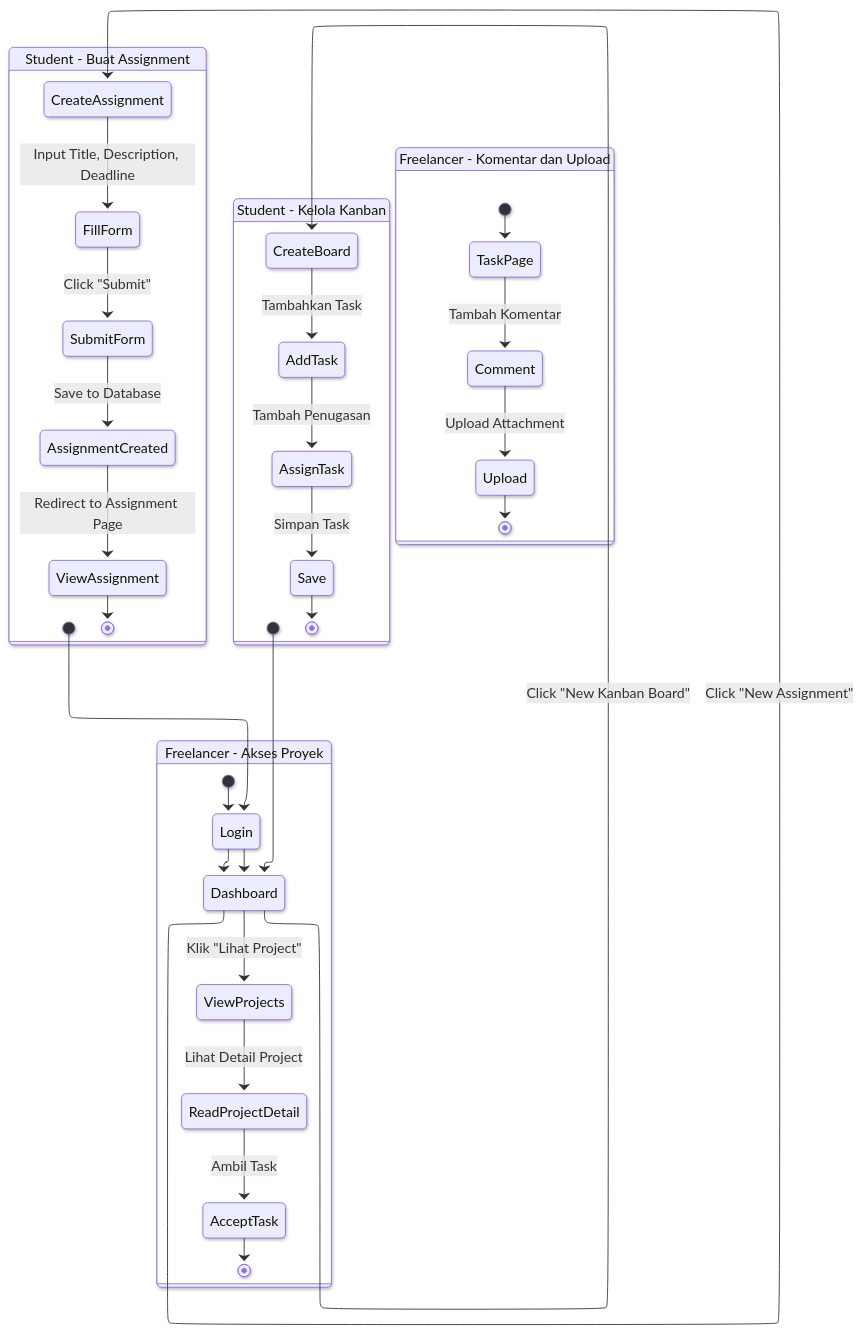
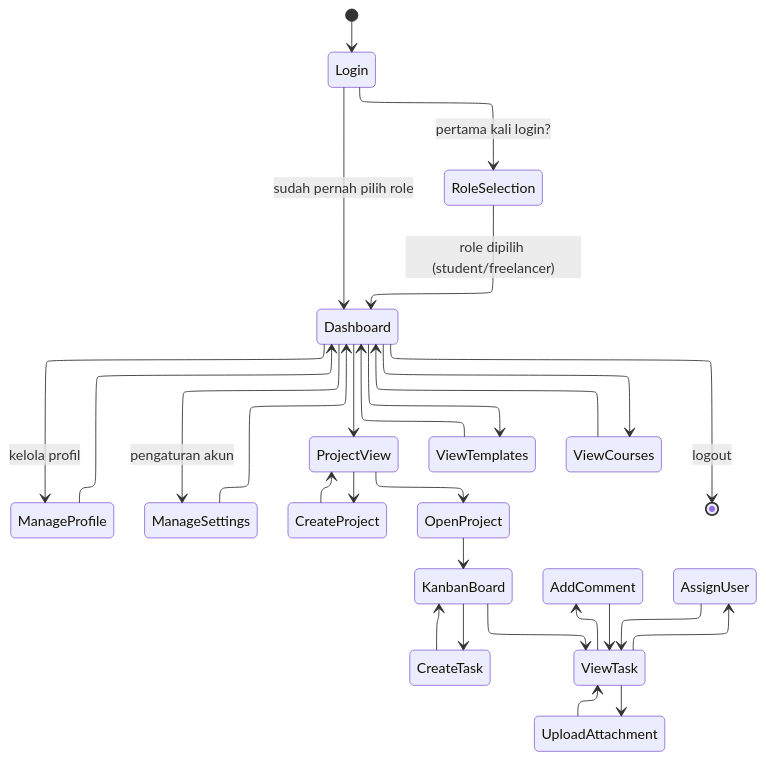
The diagram in activity-diagram.md (aarlazuardi/fix-sisfor-desain-sistem), drawn with Mermaid before and after one commit. The commit also changed 4 other files, not shown here.

````diff
--- a/activity-diagram.md
+++ b/activity-diagram.md
@@ -3,46 +3,43 @@
 ```mermaid
 ---
 config:
   layout: elk
-  look: neo
+  look: classic
   theme: default
 ---
-%% Activity Diagram: Alur Student dan Freelancer
+%% Activity Diagram - Alur Umum Pengguna
 stateDiagram-v2
+    [*] --> Login
+    Login --> RoleSelection : pertama kali login?
+    RoleSelection --> Dashboard : role dipilih (student/freelancer)
+    Login --> Dashboard : sudah pernah pilih role
 
-state "Student - Buat Assignment" as StudentAssignment {
-  [*] --> Login
-  Login --> Dashboard
-  Dashboard --> CreateAssignment : Click "New Assignment"
-  CreateAssignment --> FillForm : Input Title, Description, Deadline
-  FillForm --> SubmitForm : Click "Submit"
-  SubmitForm --> AssignmentCreated : Save to Database
-  AssignmentCreated --> ViewAssignment : Redirect to Assignment Page
-  ViewAssignment --> [*]
-}
+    Dashboard --> ManageProfile : kelola profil
+    Dashboard --> ManageSettings : pengaturan akun
+    Dashboard --> ProjectView
 
-state "Student - Kelola Kanban" as StudentKanban {
-  [*] --> Dashboard
-  Dashboard --> CreateBoard : Click "New Kanban Board"
-  CreateBoard --> AddTask : Tambahkan Task
-  AddTask --> AssignTask : Tambah Penugasan
-  AssignTask --> Save : Simpan Task
-  Save --> [*]
-}
+    ProjectView --> CreateProject
+    ProjectView --> OpenProject
 
-state "Freelancer - Akses Proyek" as FreelancerProject {
-  [*] --> Login
-  Login --> Dashboard
-  Dashboard --> ViewProjects : Klik "Lihat Project"
-  ViewProjects --> ReadProjectDetail : Lihat Detail Project
-  ReadProjectDetail --> AcceptTask : Ambil Task
-  AcceptTask --> [*]
-}
+    OpenProject --> KanbanBoard
+    KanbanBoard --> CreateTask
+    KanbanBoard --> ViewTask
+    ViewTask --> AddComment
+    ViewTask --> UploadAttachment
+    ViewTask --> AssignUser
 
-state "Freelancer - Komentar dan Upload" as FreelancerTask {
-  [*] --> TaskPage
-  TaskPage --> Comment : Tambah Komentar
-  Comment --> Upload : Upload Attachment
-  Upload --> [*]
-}
+    Dashboard --> ViewTemplates
+    Dashboard --> ViewCourses
+
+    ManageProfile --> Dashboard
+    ManageSettings --> Dashboard
+    CreateProject --> ProjectView
+    CreateTask --> KanbanBoard
+    AddComment --> ViewTask
+    UploadAttachment --> ViewTask
+    AssignUser --> ViewTask
+    ViewTemplates --> Dashboard
+    ViewCourses --> Dashboard
+
+    Dashboard --> [*] : logout
 ```
````
